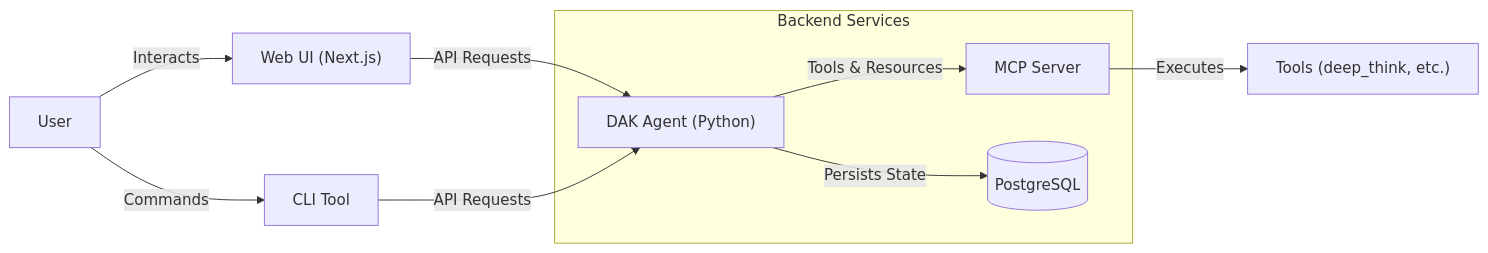
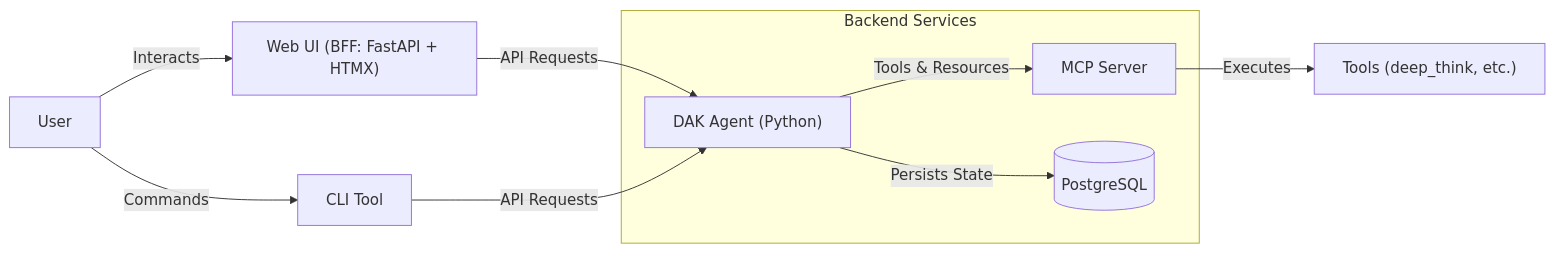
The diagram in docs/architecture/overview.md (teeppp/Decentralized-Agent-Kit), drawn with Mermaid before and after one commit. The commit also changed other lines of this file and 20 other files, not shown here.

````diff
--- a/docs/architecture/overview.md
+++ b/docs/architecture/overview.md
@@ -25,15 +24,15 @@
 ```mermaid
 graph LR
-    User[User] -->|Interacts| UI["Web UI (Next.js)"]
+    User[User] -->|Interacts| UI["Web UI (BFF: FastAPI + HTMX)"]
     User -->|Commands| CLI[CLI Tool]
     
     UI -->|API Requests| Agent["DAK Agent (Python)"]
     CLI -->|API Requests| Agent
     
     subgraph Backend Services
         Agent -->|Tools & Resources| MCP[MCP Server]
         Agent -->|Persists State| DB[(PostgreSQL)]
     end
     
     MCP -->|Executes| Tools["Tools (deep_think, etc.)"]
 ```
````
